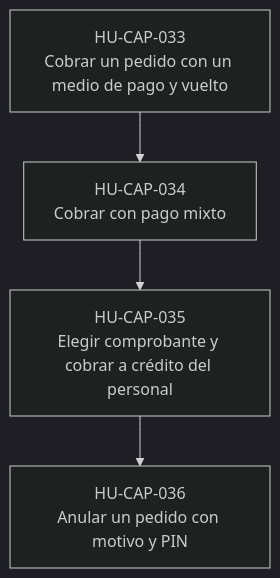
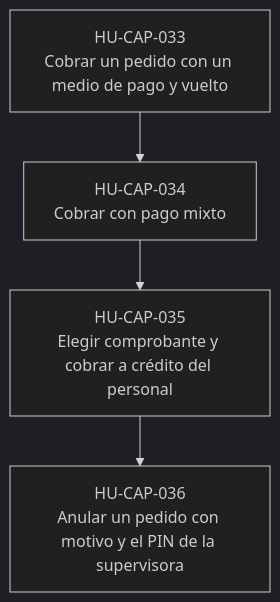
One commit to JoseEM26/caprichos changed the third of 5 diagrams in docs/dor/DOR-FT-CAJ-02-cobro-con-medios-de-pago-y-pago-mixto.md. Above: the diagram before and after it, drawn with Mermaid (dark theme). The commit also changed other lines of this file and 208 other files, not shown here.

````diff
--- a/docs/dor/DOR-FT-CAJ-02-cobro-con-medios-de-pago-y-pago-mixto.md
+++ b/docs/dor/DOR-FT-CAJ-02-cobro-con-medios-de-pago-y-pago-mixto.md
@@ -113,10 +114,10 @@
 ```mermaid
 flowchart TB
   P0["HU-CAP-033<br>Cobrar un pedido con un medio de pago y vuelto"]
   P1["HU-CAP-034<br>Cobrar con pago mixto"]
   P0 --> P1
   P2["HU-CAP-035<br>Elegir comprobante y cobrar a crédito del personal"]
   P1 --> P2
-  P3["HU-CAP-036<br>Anular un pedido con motivo y PIN"]
+  P3["HU-CAP-036<br>Anular un pedido con motivo y el PIN de la supervisora"]
   P2 --> P3
 ```
````
